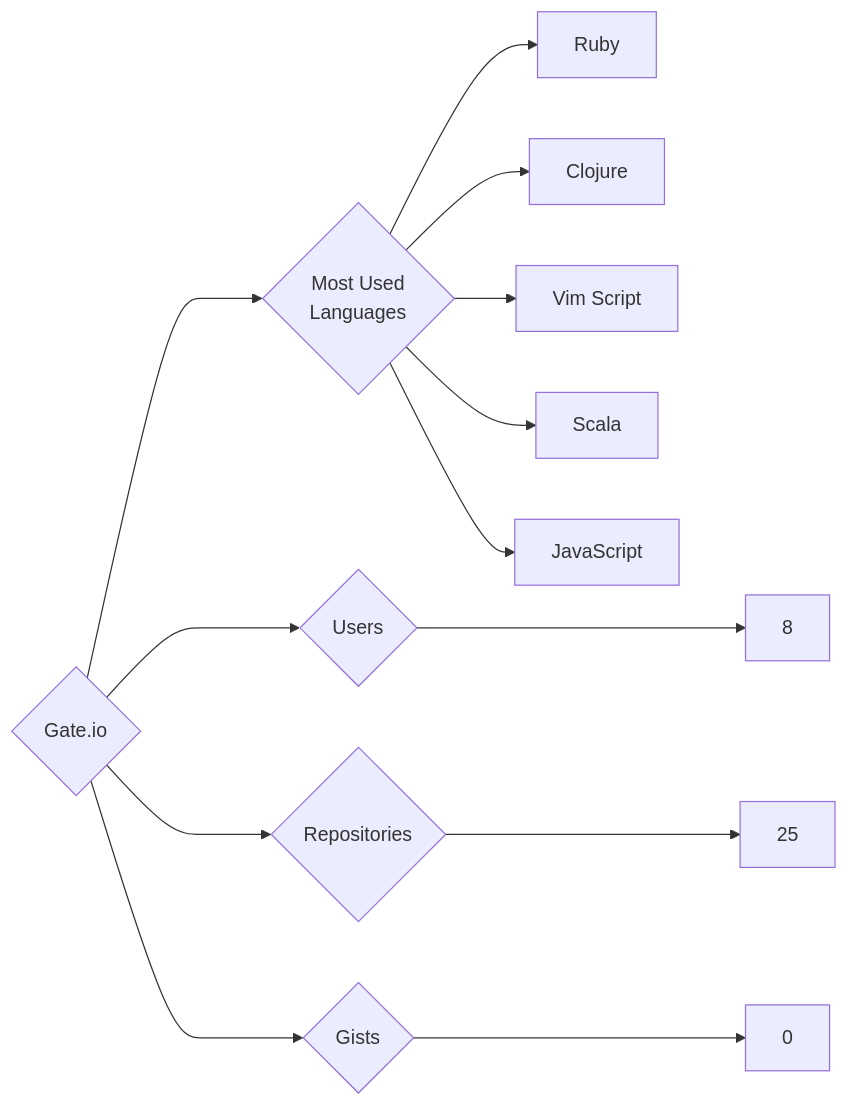
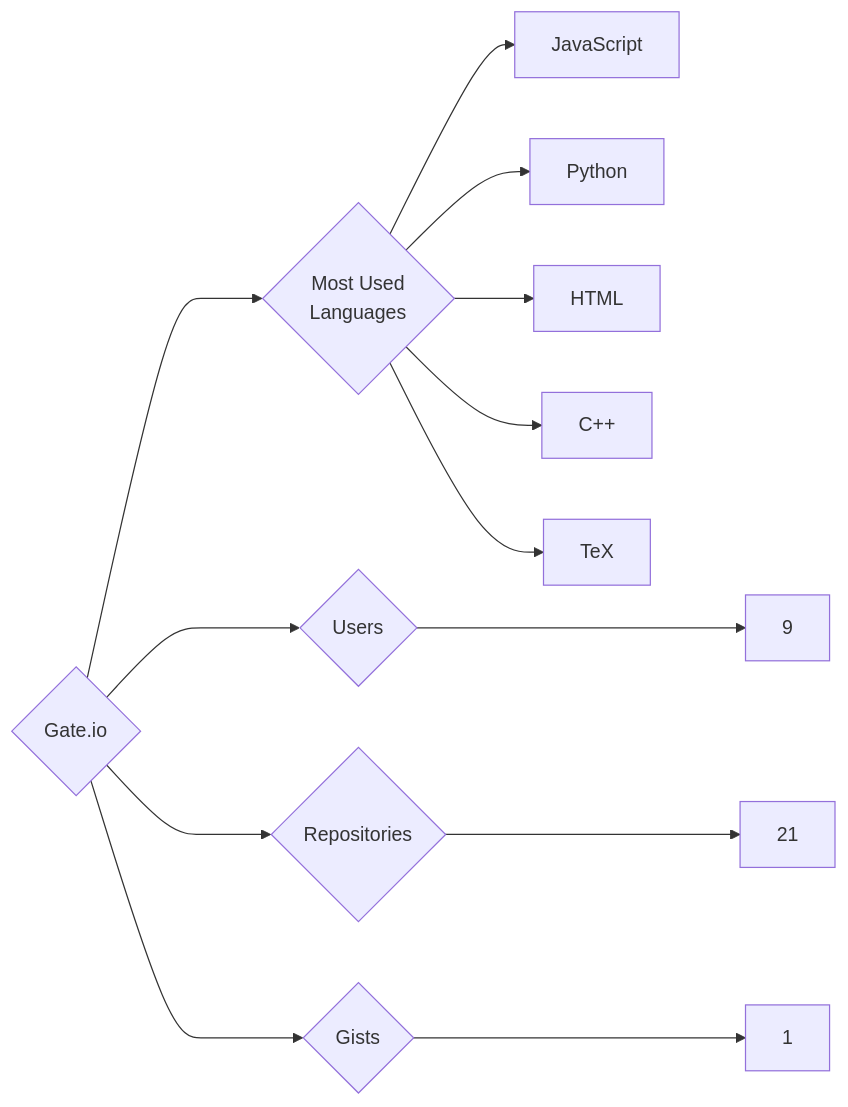
One commit to trickest/insiders changed the diagram in targets/Gate.io/README.md. Above: the diagram before and after it, drawn with Mermaid. The commit also changed 1030 other files, not shown here.

````diff
--- a/targets/Gate.io/README.md
+++ b/targets/Gate.io/README.md
@@ -3,13 +3,13 @@
 ```mermaid
 graph LR
 COMPANY_NAME{Gate.io}
-COMPANY_NAME ---> U{Users} ---> UN[8]
-COMPANY_NAME ---> R{Repositories} ---> RN[25]
-COMPANY_NAME ---> G{Gists} ---> GN[0]
+COMPANY_NAME ---> U{Users} ---> UN[9]
+COMPANY_NAME ---> R{Repositories} ---> RN[21]
+COMPANY_NAME ---> G{Gists} ---> GN[1]
 COMPANY_NAME ---> ML{Most Used<br>Languages}
-ML --> Ruby[Ruby]
-ML --> Clojure[Clojure]
-ML --> Vim_Script[Vim Script]
-ML --> Scala[Scala]
 ML --> JavaScript[JavaScript]
+ML --> Python[Python]
+ML --> HTML[HTML]
+ML --> C++[C++]
+ML --> TeX[TeX]
 ```
````
